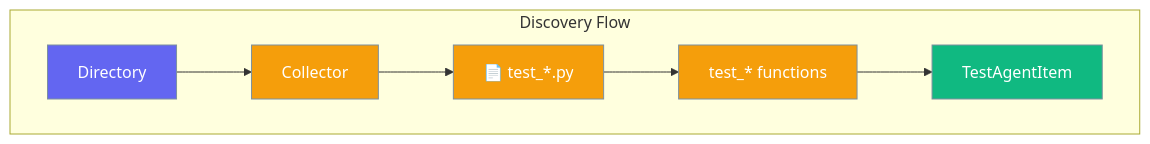
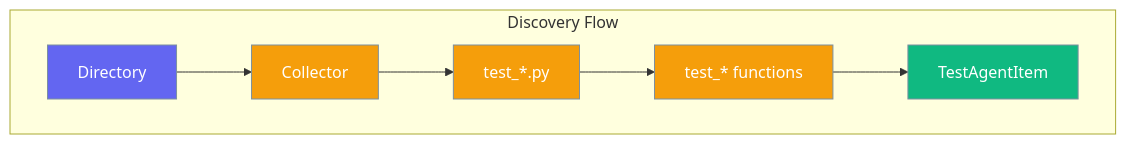
One commit to MervinPraison/TestAgent changed the diagram in docs/features/discovery.md. Above: the diagram before and after it, drawn with Mermaid.

Commit message:
fix: Remove remaining emoji and navigation path duplicates

````diff
--- a/docs/features/discovery.md
+++ b/docs/features/discovery.md
@@ -5,17 +5,17 @@
 ```mermaid
 graph TB
     subgraph "Discovery Flow"
         A[Directory] --> B[Collector]
-        B --> C[📄 test_*.py]
+        B --> C["test_*.py"]
         C --> D[test_* functions]
         D --> E[TestAgentItem]
     end
     
     classDef input fill:#6366F1,stroke:#7C90A0,color:#fff
     classDef process fill:#F59E0B,stroke:#7C90A0,color:#fff
     classDef output fill:#10B981,stroke:#7C90A0,color:#fff
     
     class A input
     class B,C,D process
     class E output
 ```
````
